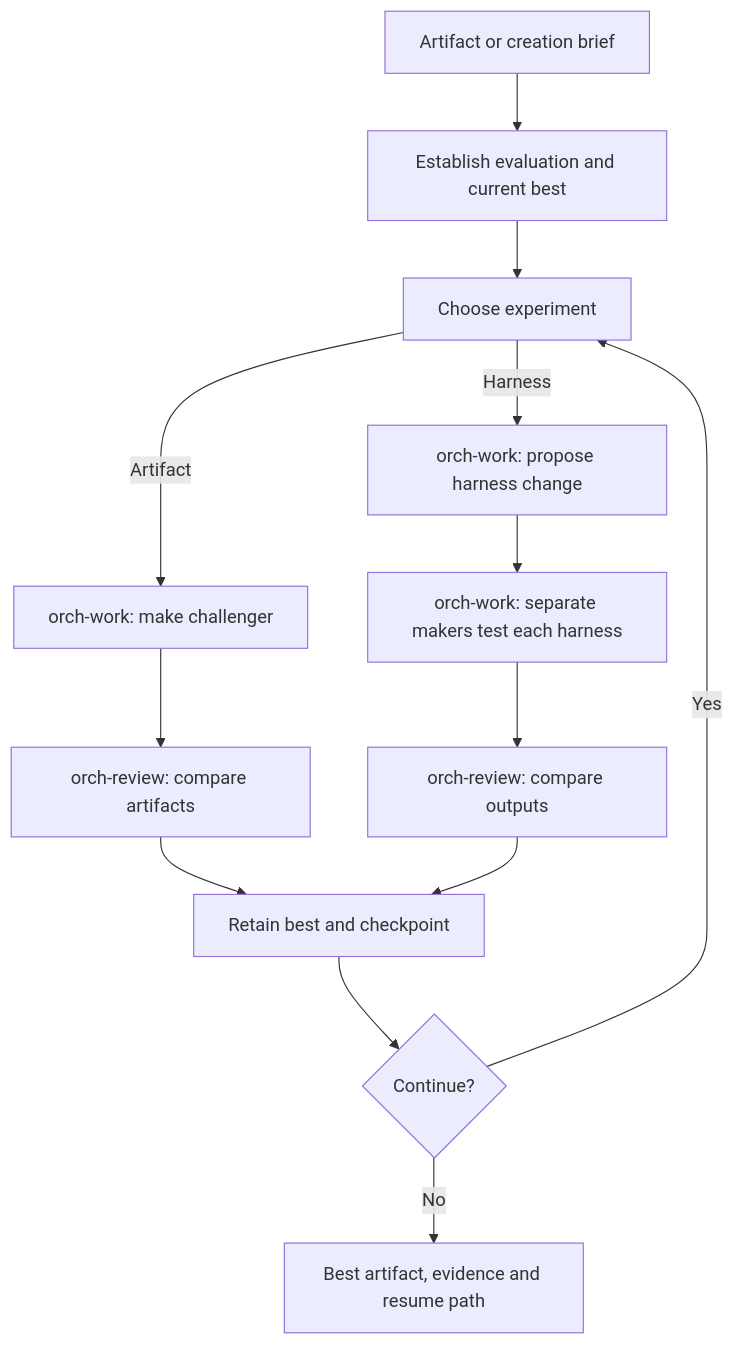
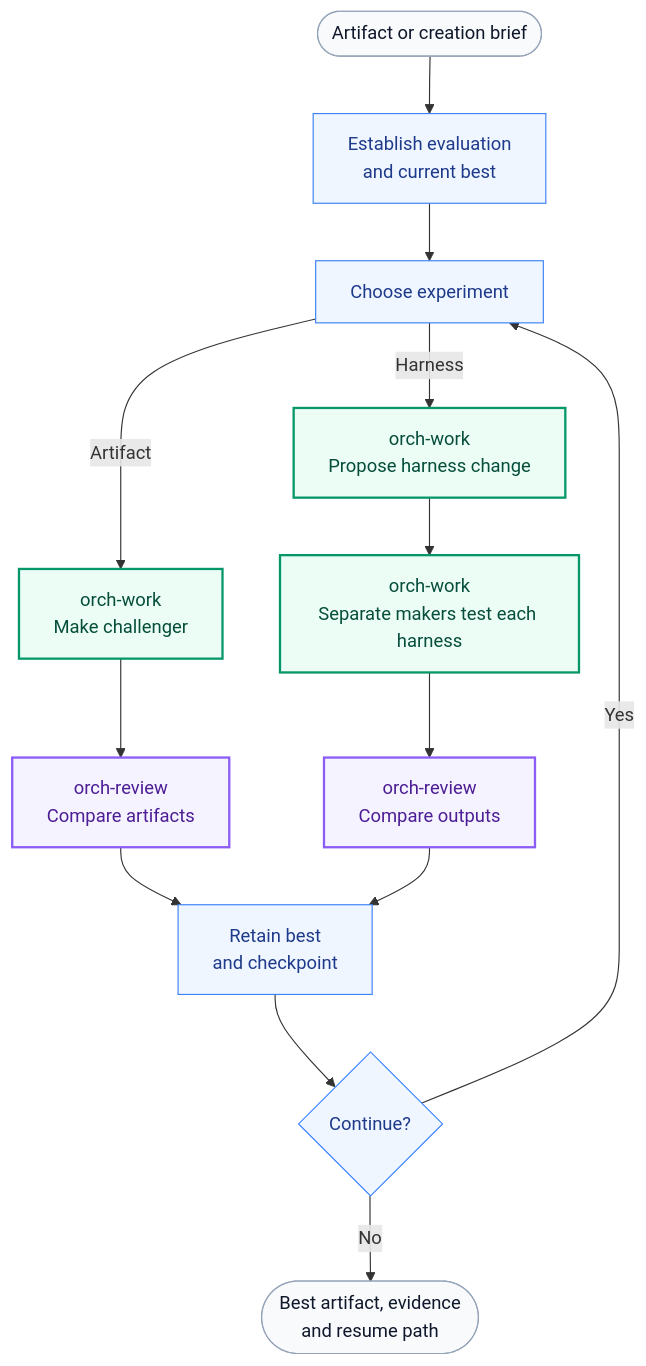
The sixth of 7 diagrams in README.md (DanMcInerney/orchflows), drawn with Mermaid before and after one commit. The commit also changed other lines of this file, not shown here.

Commit message:
Match example workflow diagrams to the Usage style

````diff
--- a/README.md
+++ b/README.md
@@ -213,15 +219,23 @@
 ```mermaid
 flowchart TD
-    S[Artifact or creation brief] --> E[Establish evaluation and current best]
+    S([Artifact or creation brief]) --> E["Establish evaluation<br/>and current best"]
     E --> C[Choose experiment]
-    C -->|Artifact| M["orch-work: make challenger"]
-    M --> R["orch-review: compare artifacts"]
-    R --> K[Retain best and checkpoint]
-    C -->|Harness| H["orch-work: propose harness change"]
-    H --> T["orch-work: separate makers test each harness"]
-    T --> J["orch-review: compare outputs"]
+    C -->|Artifact| M["orch-work<br/>Make challenger"]
+    M --> R["orch-review<br/>Compare artifacts"]
+    R --> K["Retain best<br/>and checkpoint"]
+    C -->|Harness| H["orch-work<br/>Propose harness change"]
+    H --> T["orch-work<br/>Separate makers test each harness"]
+    T --> J["orch-review<br/>Compare outputs"]
     J --> K
     K --> B{Continue?}
     B -->|Yes| C
-    B -->|No| O[Best artifact, evidence and resume path]
+    B -->|No| O(["Best artifact, evidence<br/>and resume path"])
+    classDef work fill:#ecfdf5,stroke:#059669,color:#064e3b,stroke-width:2px;
+    classDef review fill:#f5f3ff,stroke:#8b5cf6,color:#4c1d95,stroke-width:2px;
+    classDef coordinate fill:#eff6ff,stroke:#3b82f6,color:#1e3a8a;
+    classDef result fill:#f8fafc,stroke:#94a3b8,color:#0f172a;
+    class M,H,T work;
+    class R,J review;
+    class E,C,K,B coordinate;
+    class S,O result;
 ```
````
